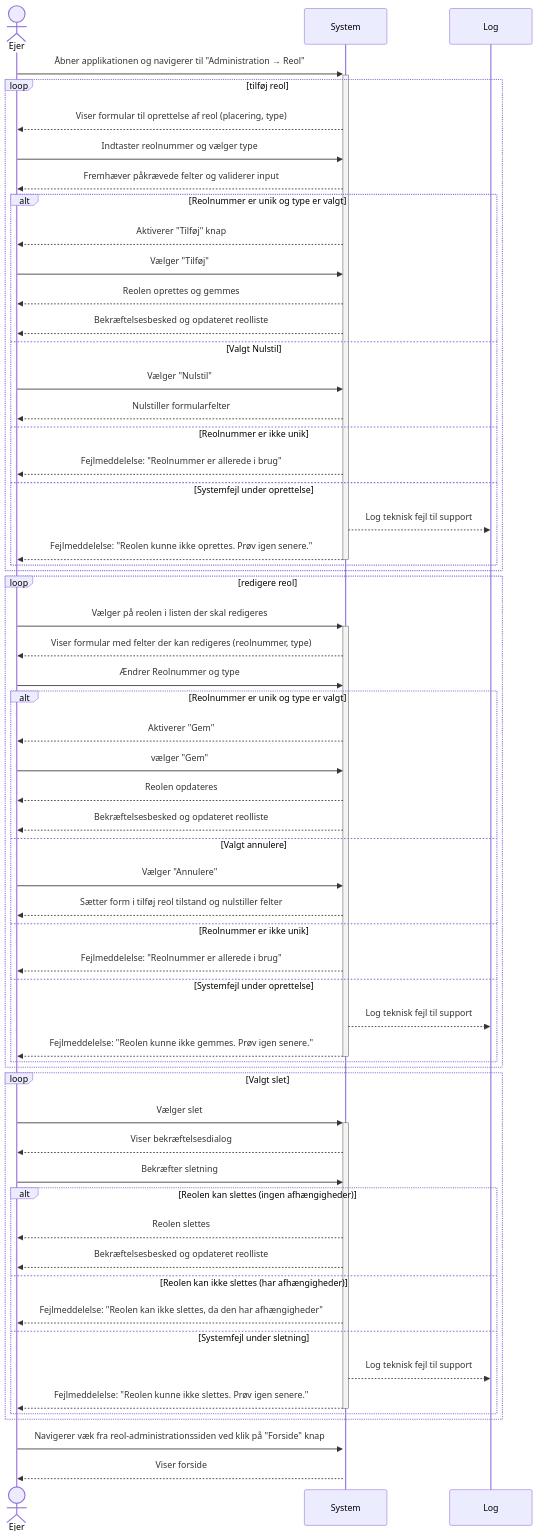
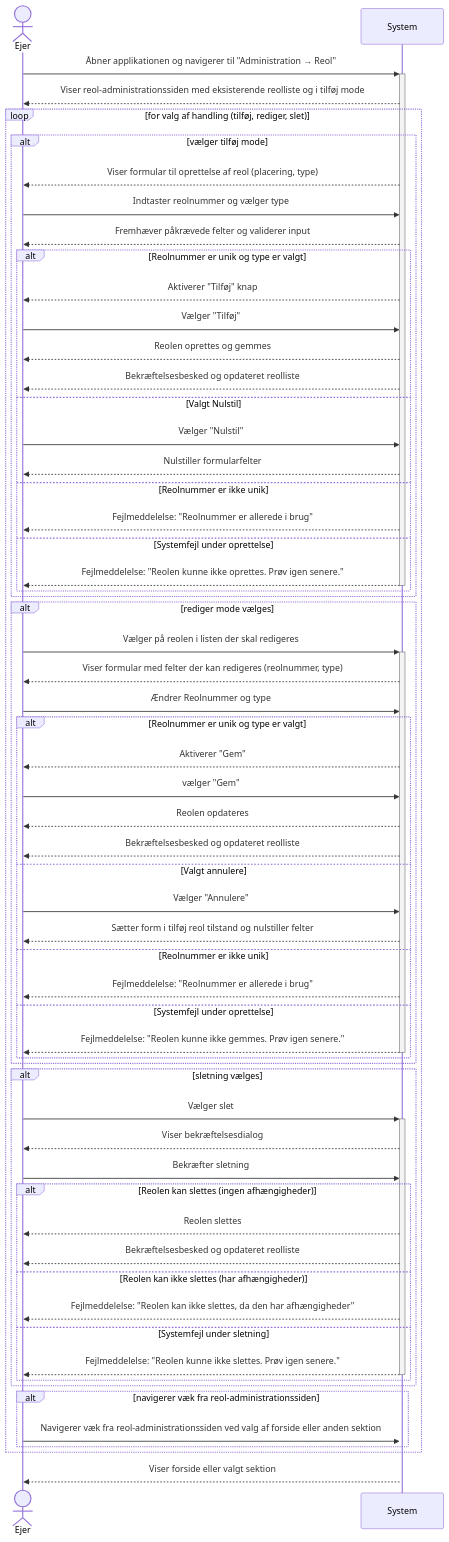
Before and after one commit to DMOoF25-TEAM11/ShelfMarket: the diagram in docs/sprint-1/UseCase001-AddANewShelf/UseCase-SSD.mmd, drawn with Mermaid.

Commit message:
Update femoved log as it is black box

```diff
--- a/docs/sprint-1/UseCase001-AddANewShelf/UseCase-SSD.mmd
+++ b/docs/sprint-1/UseCase001-AddANewShelf/UseCase-SSD.mmd
@@ -1,63 +1,68 @@
 sequenceDiagram
     actor Ejer
     participant System
-    participant Log
 
     Ejer->>+System: Åbner applikationen og navigerer til "Administration → Reol"
-    
-    loop tilføj reol
-        System-->>Ejer: Viser formular til oprettelse af reol (placering, type)
+    System-->>Ejer: Viser reol-administrationssiden med eksisterende reolliste og i tilføj mode
 
-        Ejer->>System: Indtaster reolnummer og vælger type
-        System-->>Ejer: Fremhæver påkrævede felter og validerer input
+    loop for valg af handling (tilføj, rediger, slet)
 
-        alt Reolnummer er unik og type er valgt
-            System-->>Ejer: Aktiverer "Tilføj" knap
-            Ejer->>System: Vælger "Tilføj"
-            System-->>Ejer: Reolen oprettes og gemmes
-            System-->>Ejer: Bekræftelsesbesked og opdateret reolliste
-        else Valgt Nulstil
-            Ejer->>System: Vælger "Nulstil"
-            System-->>Ejer: Nulstiller formularfelter
-        else Reolnummer er ikke unik
-            System-->>Ejer: Fejlmeddelelse: "Reolnummer er allerede i brug"
-        else Systemfejl under oprettelse
-            System-->>Log: Log teknisk fejl til support
-            System-->>-Ejer: Fejlmeddelelse: "Reolen kunne ikke oprettes. Prøv igen senere."
+        alt vælger tilføj mode
+            System-->>Ejer: Viser formular til oprettelse af reol (placering, type)
+            Ejer->>System: Indtaster reolnummer og vælger type
+            System-->>Ejer: Fremhæver påkrævede felter og validerer input
+
+            alt Reolnummer er unik og type er valgt
+                System-->>Ejer: Aktiverer "Tilføj" knap
+                Ejer->>System: Vælger "Tilføj"
+                System-->>Ejer: Reolen oprettes og gemmes
+                System-->>Ejer: Bekræftelsesbesked og opdateret reolliste
+            else Valgt Nulstil
+                Ejer->>System: Vælger "Nulstil"
+                System-->>Ejer: Nulstiller formularfelter
+            else Reolnummer er ikke unik
+                System-->>Ejer: Fejlmeddelelse: "Reolnummer er allerede i brug"
+            else Systemfejl under oprettelse
+                System-->>-Ejer: Fejlmeddelelse: "Reolen kunne ikke oprettes. Prøv igen senere."
+            end
+        end
+
+        alt rediger mode vælges
+            Ejer->>+System: Vælger på reolen i listen der skal redigeres
+            System-->>Ejer: Viser formular med felter der kan redigeres (reolnummer, type)
+            Ejer->>System: Ændrer Reolnummer og type
+            alt Reolnummer er unik og type er valgt
+                System-->>Ejer: Aktiverer "Gem"
+                Ejer->>System: vælger "Gem"
+                System-->>Ejer: Reolen opdateres
+                System-->>Ejer: Bekræftelsesbesked og opdateret reolliste
+            else Valgt annulere
+                Ejer->>System: Vælger "Annulere"
+                System-->>Ejer: Sætter form i tilføj reol tilstand og nulstiller felter
+            else Reolnummer er ikke unik
+                System-->>Ejer: Fejlmeddelelse: "Reolnummer er allerede i brug"
+            else Systemfejl under oprettelse
+                System-->>-Ejer: Fejlmeddelelse: "Reolen kunne ikke gemmes. Prøv igen senere."
+            end
+        end
+
+        alt sletning vælges
+            Ejer->>+System: Vælger slet
+            System-->>Ejer: Viser bekræftelsesdialog
+            Ejer->>System: Bekræfter sletning
+            alt Reolen kan slettes (ingen afhængigheder)
+                System-->>Ejer: Reolen slettes
+                System-->>Ejer: Bekræftelsesbesked og opdateret reolliste
+            else Reolen kan ikke slettes (har afhængigheder)
+                System-->>Ejer: Fejlmeddelelse: "Reolen kan ikke slettes, da den har afhængigheder"
+            else Systemfejl under sletning
+                System-->>-Ejer: Fejlmeddelelse: "Reolen kunne ikke slettes. Prøv igen senere."
+            end
+        end
+
+        alt navigerer væk fra reol-administrationssiden
+            Ejer->>+System: Navigerer væk fra reol-administrationssiden ved valg af forside eller anden sektion
         end
     end
-    loop redigere reol
-        Ejer->>+System: Vælger på reolen i listen der skal redigeres
-        System-->>Ejer: Viser formular med felter der kan redigeres (reolnummer, type)
-        Ejer->>System: Ændrer Reolnummer og type
-        alt Reolnummer er unik og type er valgt
-            System-->>Ejer: Aktiverer "Gem"
-            Ejer->>System: vælger "Gem"
-            System-->>Ejer: Reolen opdateres
-            System-->>Ejer: Bekræftelsesbesked og opdateret reolliste
-        else Valgt annulere
-            Ejer->>System: Vælger "Annulere"
-            System-->>Ejer: Sætter form i tilføj reol tilstand og nulstiller felter
-        else Reolnummer er ikke unik
-            System-->>Ejer: Fejlmeddelelse: "Reolnummer er allerede i brug"
-        else Systemfejl under oprettelse
-            System-->>Log: Log teknisk fejl til support
-            System-->>-Ejer: Fejlmeddelelse: "Reolen kunne ikke gemmes. Prøv igen senere."
-        end
-    end
-    loop Valgt slet
-        Ejer->>+System: Vælger slet
-        System-->>Ejer: Viser bekræftelsesdialog
-        Ejer->>System: Bekræfter sletning
-        alt Reolen kan slettes (ingen afhængigheder)
-            System-->>Ejer: Reolen slettes
-            System-->>Ejer: Bekræftelsesbesked og opdateret reolliste
-        else Reolen kan ikke slettes (har afhængigheder)
-            System-->>Ejer: Fejlmeddelelse: "Reolen kan ikke slettes, da den har afhængigheder"
-        else Systemfejl under sletning
-            System-->>Log: Log teknisk fejl til support
-            System-->>-Ejer: Fejlmeddelelse: "Reolen kunne ikke slettes. Prøv igen senere."
-        end
-    end
-    Ejer->>+System: Navigerer væk fra reol-administrationssiden ved klik på "Forside" knap
-    System-->>Ejer: Viser forside
+
+    System-->>Ejer: Viser forside eller valgt sektion
```
